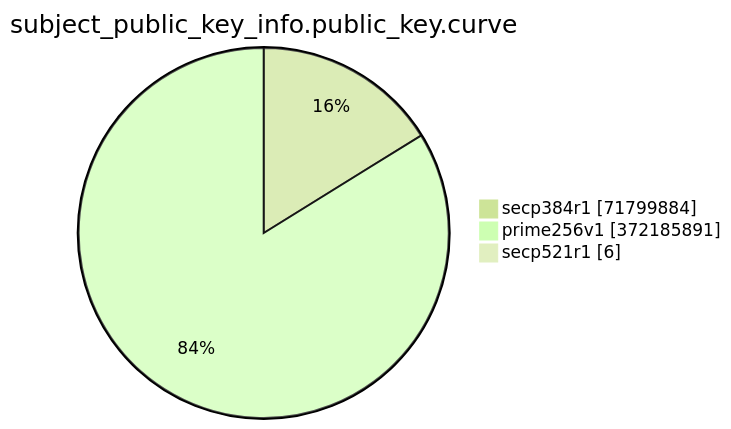
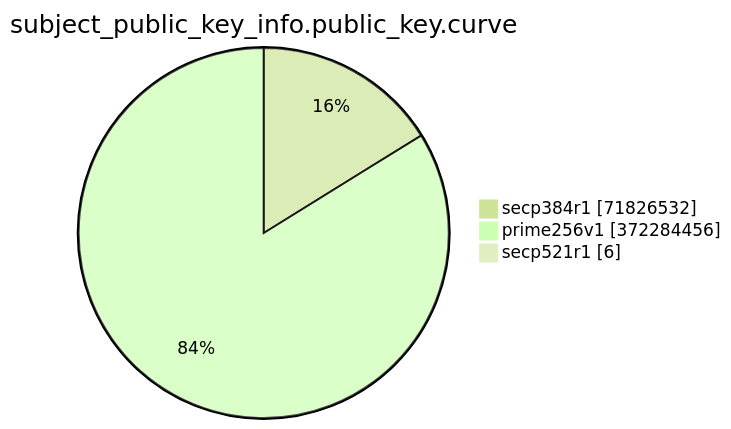
The eighth of 15 diagrams in TOTAL/README.md (christiankrug/ctmonitor_visualization), drawn with Mermaid (forest theme) before and after one commit. The commit also changed other lines of this file, not shown here.

````diff
--- a/TOTAL/README.md
+++ b/TOTAL/README.md
@@ -3094,7 +3094,7 @@
 ```mermaid
 pie showData
 title subject_public_key_info.public_key.curve
-"secp384r1" :71799884
-"prime256v1" :372185891
+"secp384r1" :71826532
+"prime256v1" :372284456
 "secp521r1" :6
 ```
````
